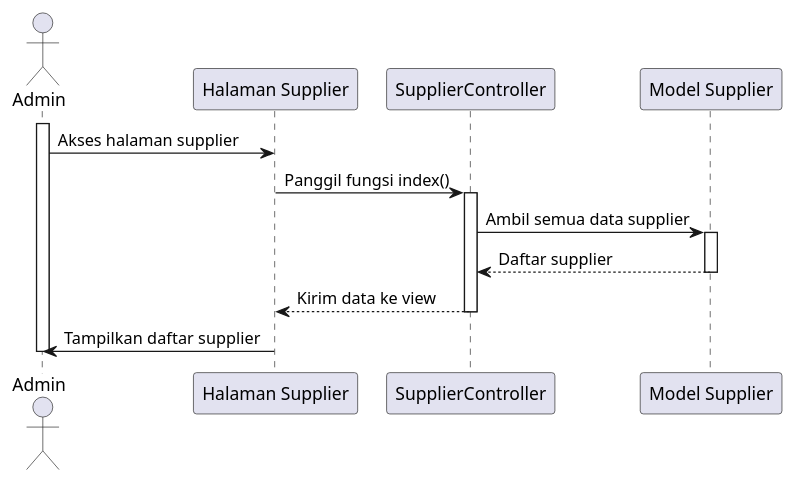
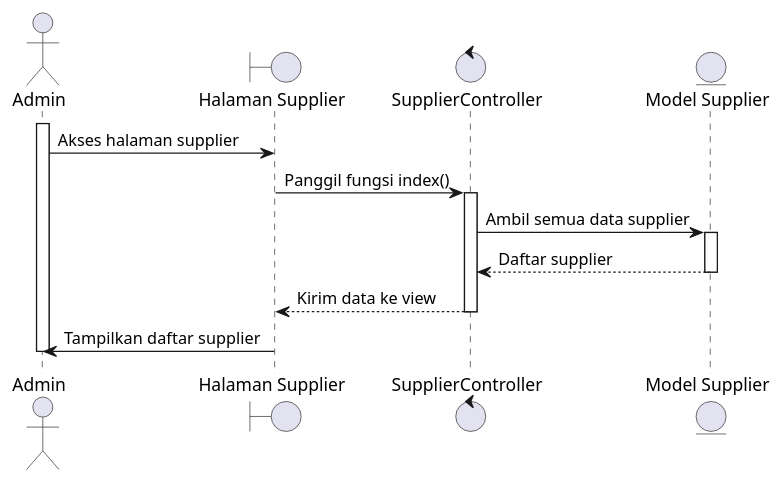
Before and after one commit to tengahcang/UML_TA: the diagram in sequence diagram/supplier/melihat_supplier.wsd, drawn with PlantUML. The commit also changed 115 other files, not shown here.

```diff
--- a/sequence diagram/supplier/melihat_supplier.wsd
+++ b/sequence diagram/supplier/melihat_supplier.wsd
@@ -1,24 +1,24 @@
 @startuml
 actor Admin
 
-participant "Halaman Supplier" as SupplierPage
-participant "SupplierController" as SupplierController
-participant "Model Supplier" as SupplierModel
+boundary "Halaman Supplier" as SupplierPage
+control "SupplierController" as SupplierController
+entity "Model Supplier" as SupplierModel
 
 activate Admin
 Admin -> SupplierPage: Akses halaman supplier
 SupplierPage -> SupplierController: Panggil fungsi index()
 activate SupplierController
 
 SupplierController -> SupplierModel: Ambil semua data supplier
 activate SupplierModel
 SupplierModel --> SupplierController: Daftar supplier
 deactivate SupplierModel
 
 SupplierController --> SupplierPage: Kirim data ke view
 deactivate SupplierController
 
 SupplierPage -> Admin: Tampilkan daftar supplier
 deactivate Admin
 
 @enduml
```
